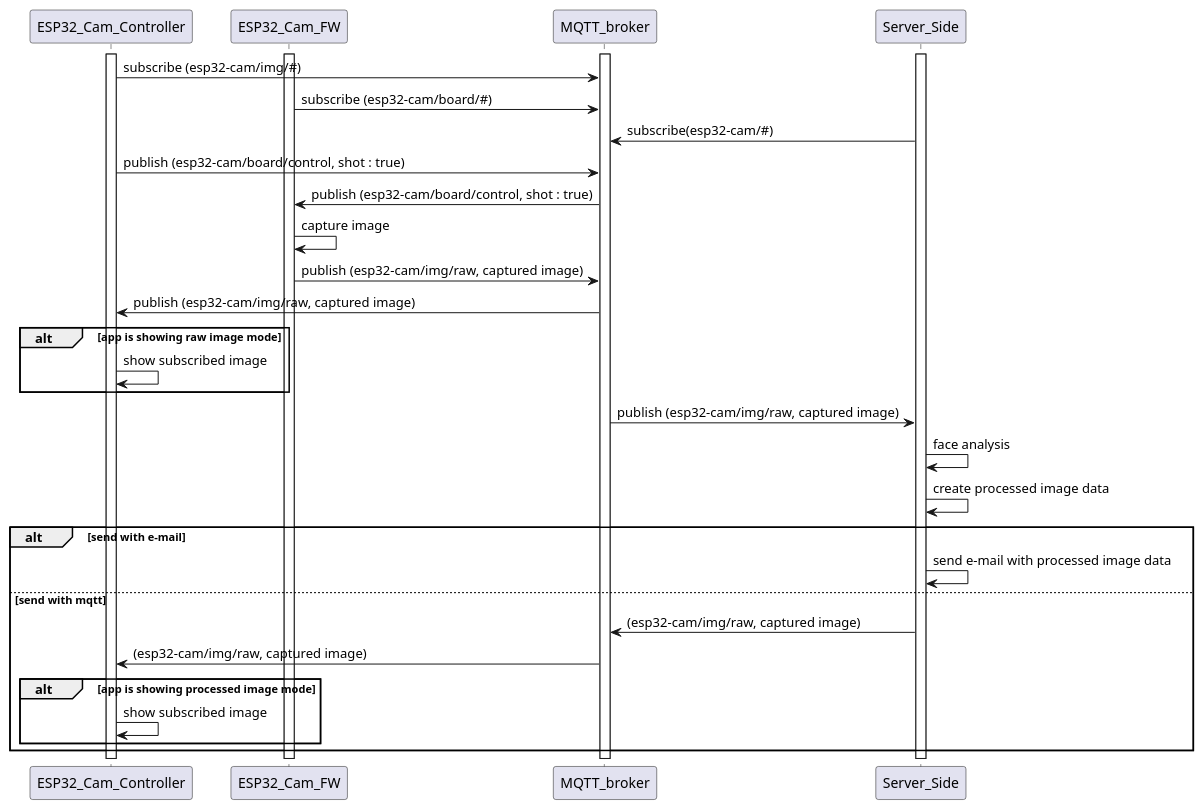
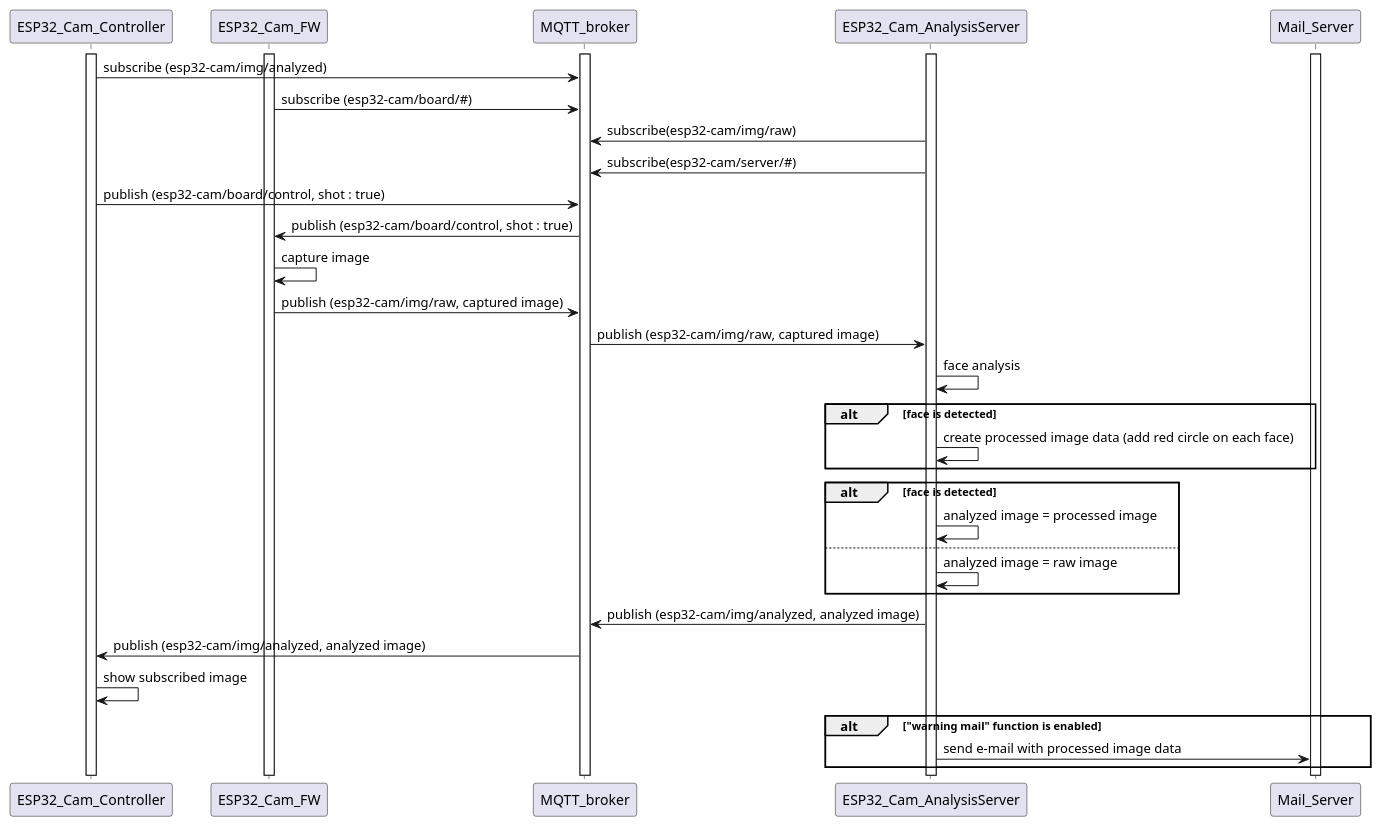
The diagram in README.md (MAKIYAMA-ma/ESP32-CAM-System), drawn with PlantUML before and after one commit. The commit also changed other lines of this file and 2 other files, not shown here.

```diff
--- a/README.md
+++ b/README.md
@@ -30,37 +65,41 @@
 @startuml Take photo and analyze sequence
     participant ESP32_Cam_Controller as app
     participant ESP32_Cam_FW         as board
     participant MQTT_broker          as broker
-    participant Server_Side          as svr
+    participant ESP32_Cam_AnalysisServer          as svr
+    participant Mail_Server          as mailsvr
 
     activate broker
     activate app
     activate svr
     activate board
+    activate mailsvr
 
-    app -> broker : subscribe (esp32-cam/img/#)
+    app -> broker : subscribe (esp32-cam/img/analyzed)
     board -> broker : subscribe (esp32-cam/board/#)
-    svr -> broker : subscribe(esp32-cam/#)
+    svr -> broker : subscribe(esp32-cam/img/raw)
+    svr -> broker : subscribe(esp32-cam/server/#)
 
     app -> broker : publish (esp32-cam/board/control, shot : true)
     broker -> board : publish (esp32-cam/board/control, shot : true)
     board -> board : capture image
     board -> broker : publish (esp32-cam/img/raw, captured image)
-    broker -> app : publish (esp32-cam/img/raw, captured image)
-    alt app is showing raw image mode
-        app -> app : show subscribed image
-    end
     broker -> svr : publish (esp32-cam/img/raw, captured image)
     svr -> svr : face analysis
-    svr -> svr : create processed image data
+    alt face is detected
+        svr -> svr : create processed image data (add red circle on each face)
+    end
 
-    alt send with e-mail
-        svr -> svr : send e-mail with processed image data
-    else send with mqtt
-        svr -> broker : (esp32-cam/img/raw, captured image)
-        broker -> app : (esp32-cam/img/raw, captured image)
-        alt app is showing processed image mode
-            app -> app : show subscribed image
-        end
+    alt face is detected
+        svr -> svr : analyzed image = processed image
+    else
+        svr -> svr : analyzed image = raw image
+    end
+    svr -> broker : publish (esp32-cam/img/analyzed, analyzed image)
+    broker -> app : publish (esp32-cam/img/analyzed, analyzed image)
+    app -> app : show subscribed image
+
+    alt "warning mail" function is enabled
+        svr -> mailsvr : send e-mail with processed image data
     end
 @enduml
```
